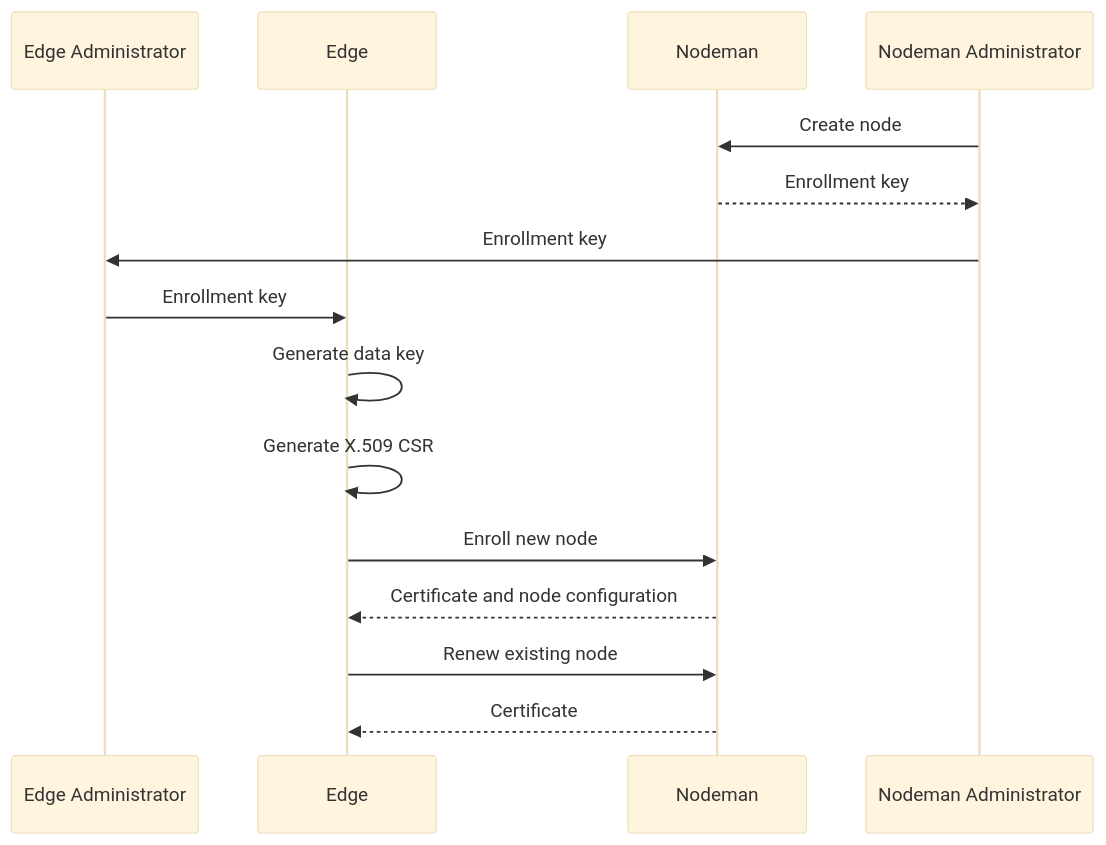
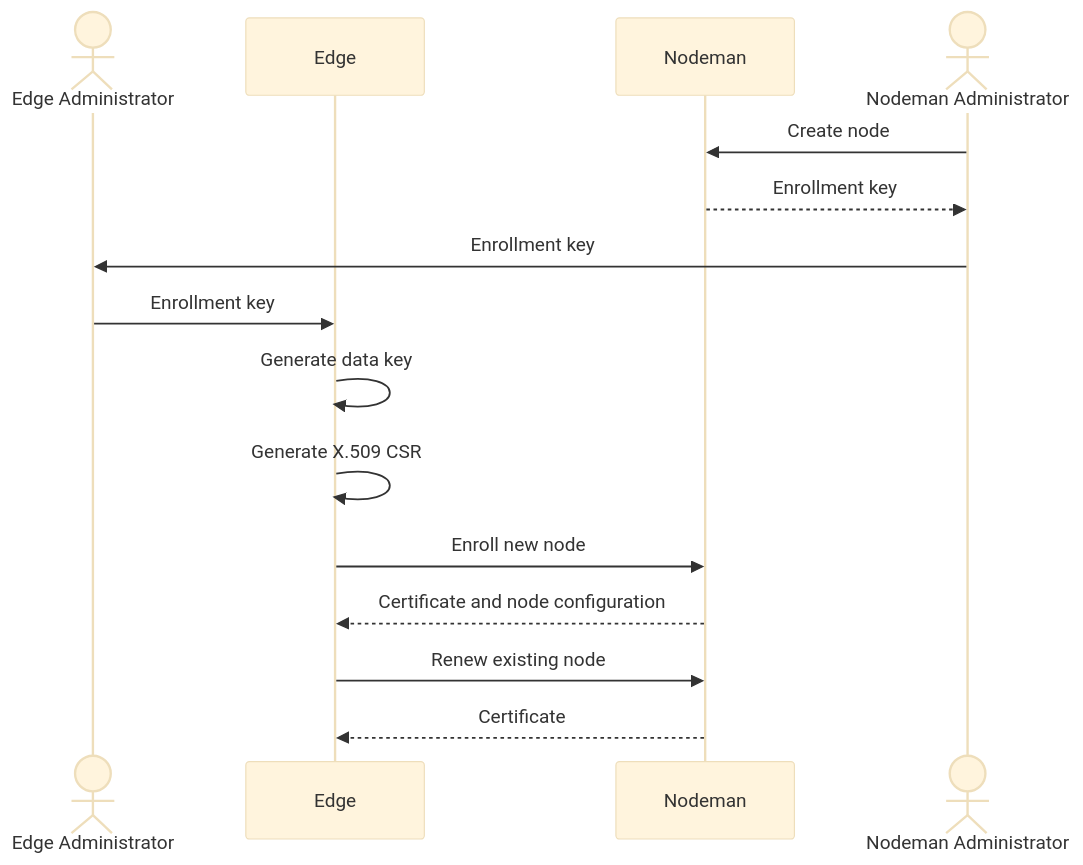
Before and after one commit to dnstapir/nodeman: the diagram in README.md, drawn with Mermaid (base theme).

Commit message:
Use actor

````diff
--- a/README.md
+++ b/README.md
@@ -5,23 +5,23 @@
 ```mermaid
 sequenceDiagram
 
-participant enduser as Edge Administrator
+actor enduser as Edge Administrator
 participant edge as Edge
 
 participant nodeman as Nodeman
-participant admin as Nodeman Administrator
+actor admin as Nodeman Administrator
 
 admin->>nodeman: Create node
 nodeman-->>admin: Enrollment key
 admin->>enduser: Enrollment key
 
 enduser->>edge: Enrollment key
 edge->>edge: Generate data key
 edge->>edge: Generate X.509 CSR
 
 edge->>nodeman: Enroll new node
 nodeman-->>edge: Certificate and node configuration
 
 edge->>nodeman: Renew existing node
 nodeman-->>edge: Certificate
 ```
````
